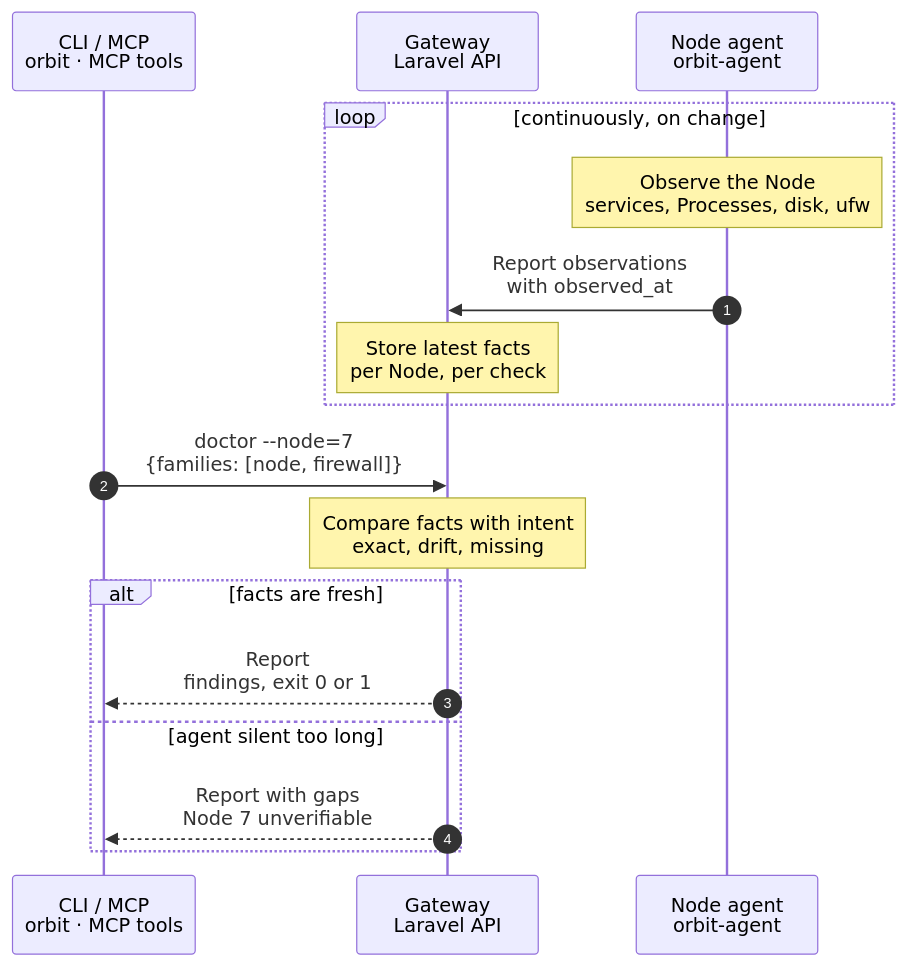
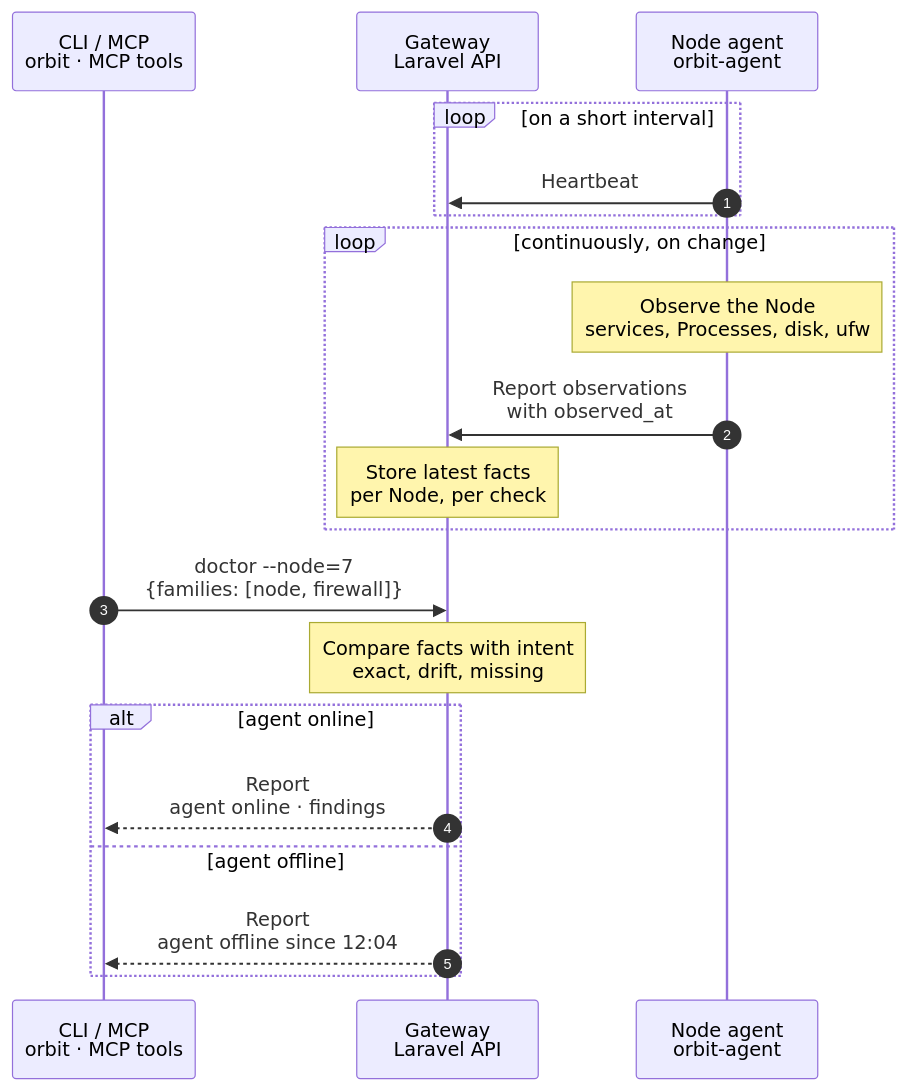
One commit to hardimpactdev/orbit changed the diagram in docs/cli/doctor/doctor.mmd. Above: the diagram before and after it, drawn with Mermaid. The commit also changed 1 other file, not shown here.

Commit message:
docs(flows): doctor and tool:adopt report agent liveness
Nick 2026-11-02: no can't-verify branch. The agent heartbeat marks a Node
online or offline; doctor and tool:adopt always answer from Gateway state,
and mark findings possibly outdated while the agent is silent.

```diff
--- a/docs/cli/doctor/doctor.mmd
+++ b/docs/cli/doctor/doctor.mmd
@@ -1,24 +1,39 @@
 sequenceDiagram
-  %% Target design: Nick 2026-11-01. Only the Node agent collects facts; doctor reads Gateway state. No Swamp run (R1).
+  %% Target design: Nick 2026-11-01, liveness 2026-11-02. Only the Node agent collects facts; doctor reads Gateway state. No Swamp run, no SSH (R1).
   %% status: reviewed
   %% command: doctor
   %% kind: doctor.inspect
   autonumber
   %% lane CLI icon=terminal pill=caller tone=gray
   %% lane GW icon=gateway pill=intent tone=blue
   %% lane A icon=server pill=observer tone=amber
   participant CLI as CLI / MCP<br/>orbit · MCP tools
   participant GW as Gateway<br/>Laravel API
   participant A as Node agent<br/>orbit-agent
+  loop on a short interval
+    A->>GW: Heartbeat
+    %%> Result:
+    %%> - the Gateway marks the Node online
+    %%> - when heartbeats stop, it marks the Node offline, shown in the web dashboard and in node:list and node:show
+  end
   loop continuously, on change
     Note over A: Observe the Node<br/>services, Processes, disk, ufw
     A->>GW: Report observations<br/>with observed_at
     Note over GW: Store latest facts<br/>per Node, per check
   end
   CLI->>GW: doctor --node=7<br/>{families: [node, firewall]}
   Note over GW: Compare facts with intent<br/>exact, drift, missing
-  alt facts are fresh
-    GW-->>CLI: Report<br/>findings, exit 0 or 1
-  else agent silent too long
-    GW-->>CLI: Report with gaps<br/>Node 7 unverifiable
+  %%> Doctor always answers from the Gateway's state:
+  %%> - it never starts a run and never SSHes into the Node
+  alt agent online
+    GW-->>CLI: Report<br/>agent online · findings
+    %%> Result:
+    %%> - first line: agent online
+    %%> - then the findings; exit 0 with no drift, 1 with drift
+  else agent offline
+    GW-->>CLI: Report<br/>agent offline since 12:04
+    %%> Result:
+    %%> - first line: agent offline since <time>
+    %%> - the findings still show, each marked "possibly outdated, agent silent since <time>"
+    %%> - a nudge to look at the Node agent first
   end
```
